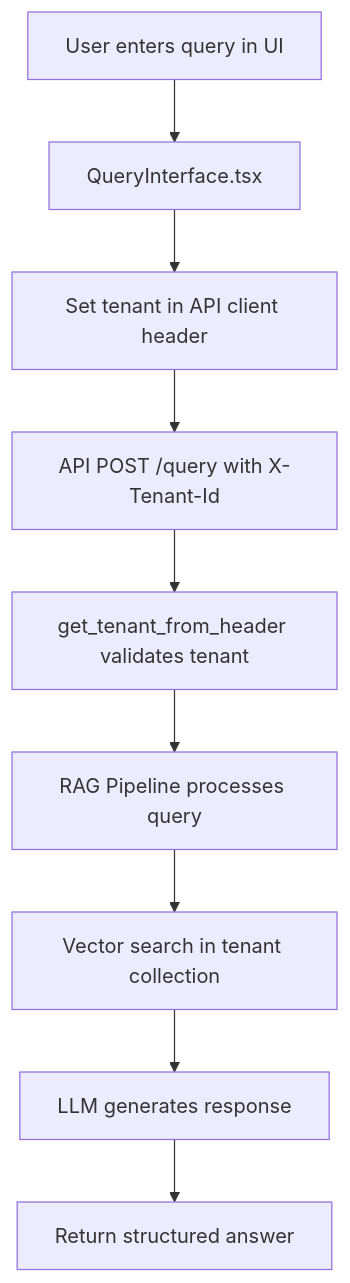
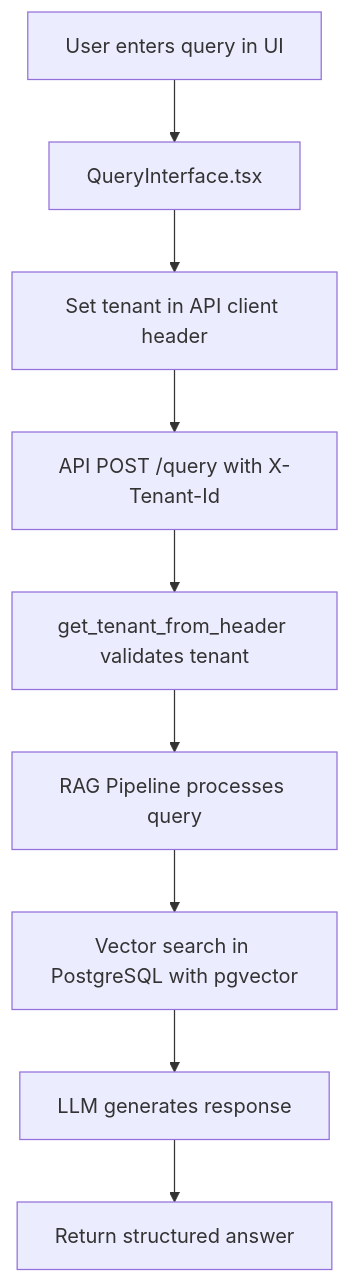
One commit to AITrekker/RAG changed the fourth of 5 diagrams in docs/Architecture.md. Above: the diagram before and after it, drawn with Mermaid. The commit also changed other lines of this file and 41 other files, not shown here.

````diff
--- a/docs/Architecture.md
+++ b/docs/Architecture.md
@@ -804,11 +796,11 @@
 ```mermaid
 graph TD
     A[User enters query in UI] --> B[QueryInterface.tsx]
     B --> C[Set tenant in API client header]
     C --> D[API POST /query with X-Tenant-Id]
     D --> E[get_tenant_from_header validates tenant]
     E --> F[RAG Pipeline processes query]
-    F --> G[Vector search in tenant collection]
+    F --> G[Vector search in PostgreSQL with pgvector]
     G --> H[LLM generates response]
     H --> I[Return structured answer]
 ```
````
